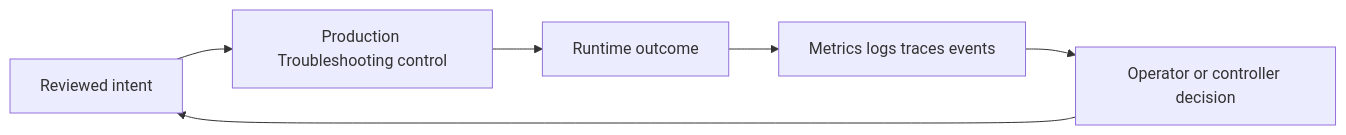
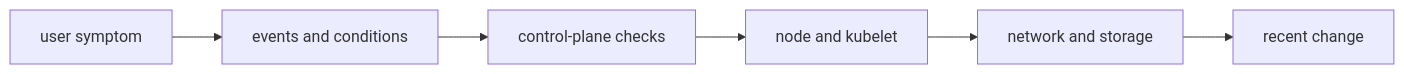
The diagram in docs/study/kubernetes/10-production-troubleshooting.md (m1mohamad/devops-sre-prep), drawn with Mermaid before and after one commit. The commit also changed other lines of this file and 61 other files, not shown here.

Commit message:
Replace generic architecture and study templates

````diff
--- a/docs/study/kubernetes/10-production-troubleshooting.md
+++ b/docs/study/kubernetes/10-production-troubleshooting.md
@@ -20,8 +15,4 @@
 ```mermaid
 flowchart LR
-  Intent[Reviewed intent] --> Control[Production Troubleshooting control]
-  Control --> Runtime[Runtime outcome]
-  Runtime --> Signals[Metrics logs traces events]
-  Signals --> Decision[Operator or controller decision]
-  Decision --> Intent
+  N0[user symptom] --> N1[events and conditions] --> N2[control-plane checks] --> N3[node and kubelet] --> N4[network and storage] --> N5[recent change]
 ```
````
